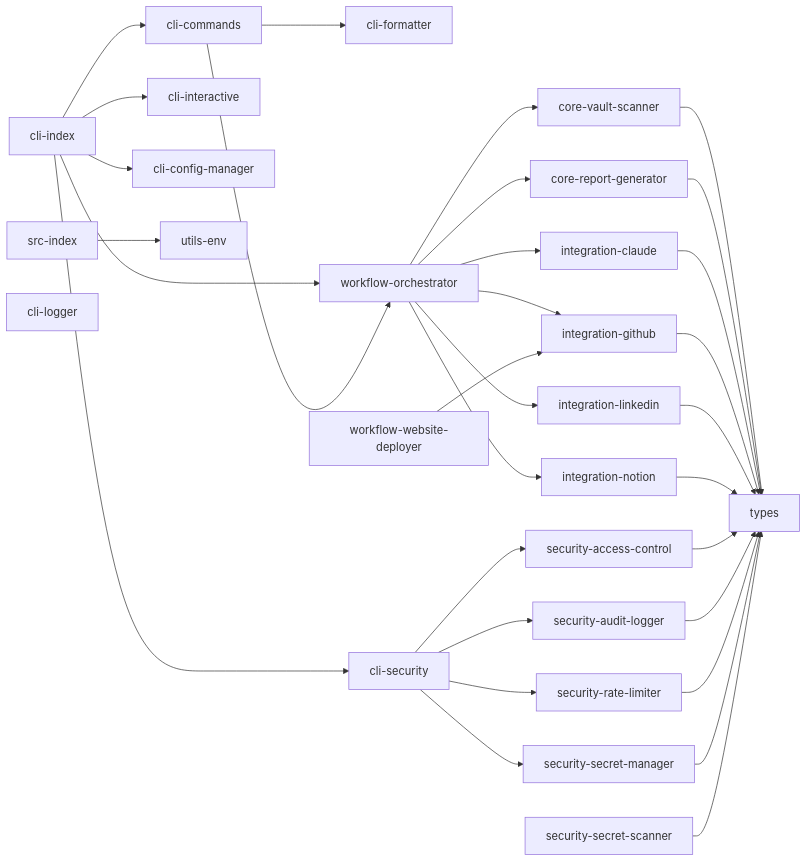
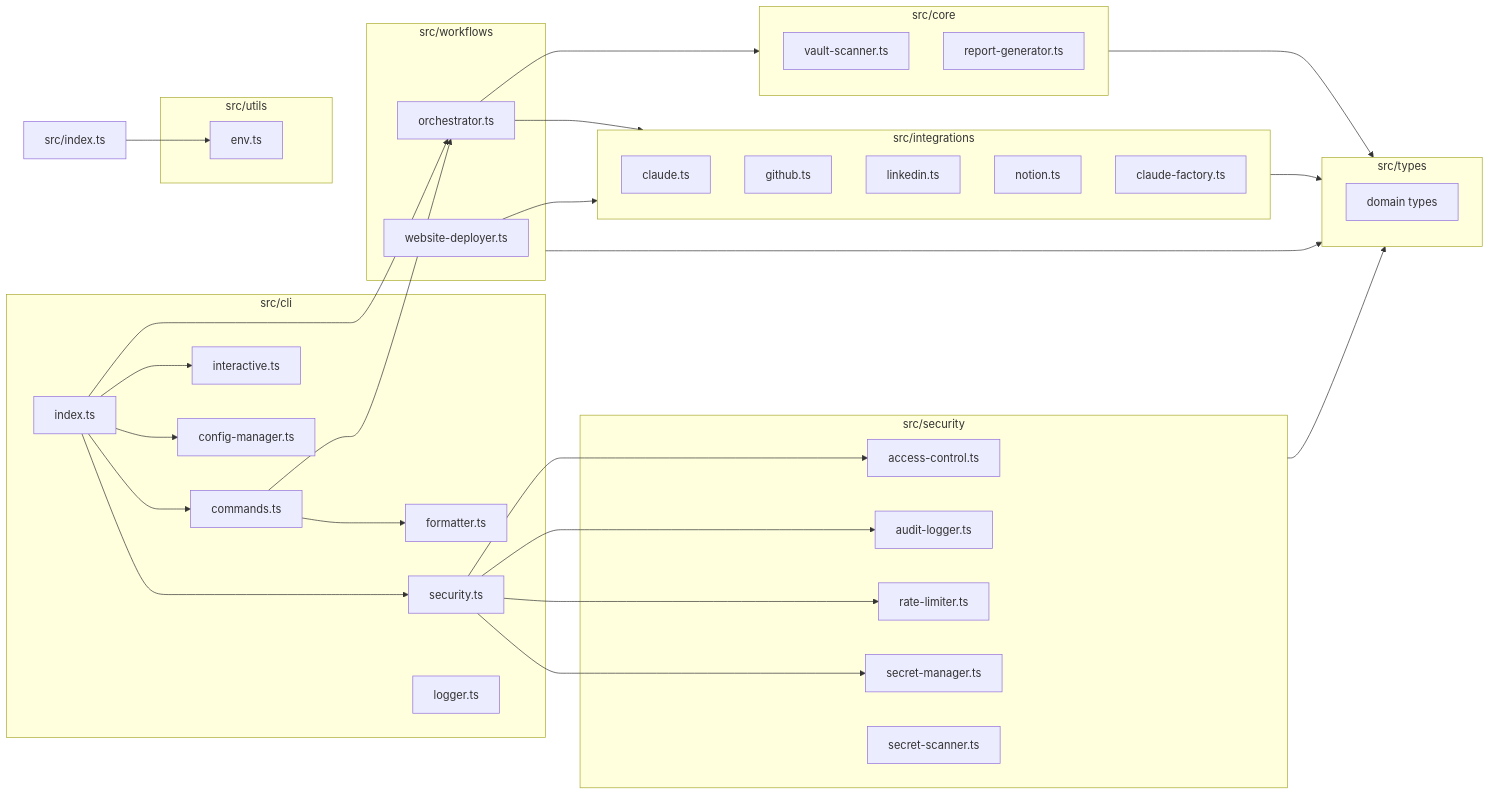
Before and after one commit to pandol69kim-bot/gitautopipe: the second of 4 diagrams in 프로젝트 전체 구조도.md, drawn with Mermaid. The commit also changed other lines of this file and 5 other files, not shown here.

Commit message:
feat: Add new diagrams and update existing documentation for improved clarity and Mermaid compatibility

````diff
--- a/프로젝트 전체 구조도.md
+++ b/프로젝트 전체 구조도.md
@@ -32,56 +33,72 @@
 ```mermaid
-graph LR
-Entry[src-index]
-CLIIndex[cli-index]
-Commands[cli-commands]
-Interactive[cli-interactive]
-Formatter[cli-formatter]
-ConfigManager[cli-config-manager]
-CLISecurity[cli-security]
-Logger[cli-logger]
-Vault[core-vault-scanner]
-Report[core-report-generator]
-Claude[integration-claude]
-GitHub[integration-github]
-LinkedIn[integration-linkedin]
-Notion[integration-notion]
-Orchestrator[workflow-orchestrator]
-Deployer[workflow-website-deployer]
-Access[security-access-control]
-Audit[security-audit-logger]
-Rate[security-rate-limiter]
-Secrets[security-secret-manager]
-Scanner[security-secret-scanner]
-Types[types]
-EnvUtil[utils-env]
-Entry --> EnvUtil
-CLIIndex --> Commands
-CLIIndex --> Interactive
-CLIIndex --> ConfigManager
-CLIIndex --> CLISecurity
-CLIIndex --> Orchestrator
-Commands --> Orchestrator
-Commands --> Formatter
-CLISecurity --> Access
-CLISecurity --> Audit
-CLISecurity --> Rate
-CLISecurity --> Secrets
-Orchestrator --> Vault
-Orchestrator --> Report
-Orchestrator --> Claude
-Orchestrator --> GitHub
-Orchestrator --> LinkedIn
-Orchestrator --> Notion
-Deployer --> GitHub
-Vault --> Types
-Report --> Types
-Claude --> Types
-GitHub --> Types
-LinkedIn --> Types
-Notion --> Types
-Access --> Types
-Audit --> Types
-Rate --> Types
-Secrets --> Types
-Scanner --> Types
+flowchart LR
+  Entry["src/index.ts"]
+
+  subgraph CLI["src/cli"]
+    CLIIndex["index.ts"]
+    Commands["commands.ts"]
+    Interactive["interactive.ts"]
+    Formatter["formatter.ts"]
+    ConfigManager["config-manager.ts"]
+    CLISecurity["security.ts"]
+    Logger["logger.ts"]
+  end
+
+  subgraph Core["src/core"]
+    Vault["vault-scanner.ts"]
+    Report["report-generator.ts"]
+  end
+
+  subgraph Integrations["src/integrations"]
+    Claude["claude.ts"]
+    GitHub["github.ts"]
+    LinkedIn["linkedin.ts"]
+    Notion["notion.ts"]
+    ClaudeFactory["claude-factory.ts"]
+  end
+
+  subgraph Workflows["src/workflows"]
+    Orchestrator["orchestrator.ts"]
+    Deployer["website-deployer.ts"]
+  end
+
+  subgraph Security["src/security"]
+    Access["access-control.ts"]
+    Audit["audit-logger.ts"]
+    Rate["rate-limiter.ts"]
+    Secrets["secret-manager.ts"]
+    Scanner["secret-scanner.ts"]
+  end
+
+  subgraph Types["src/types"]
+    TypeDefs["domain types"]
+  end
+
+  subgraph Utils["src/utils"]
+    EnvUtil["env.ts"]
+  end
+
+  Entry --> EnvUtil
+  CLIIndex --> Commands
+  CLIIndex --> Interactive
+  CLIIndex --> ConfigManager
+  CLIIndex --> CLISecurity
+  CLIIndex --> Orchestrator
+
+  Commands --> Orchestrator
+  Commands --> Formatter
+
+  CLISecurity --> Access
+  CLISecurity --> Audit
+  CLISecurity --> Rate
+  CLISecurity --> Secrets
+
+  Orchestrator --> Core
+  Orchestrator --> Integrations
+  Deployer --> Integrations
+
+  Core --> Types
+  Integrations --> Types
+  Workflows --> Types
+  Security --> Types
 ```
````
